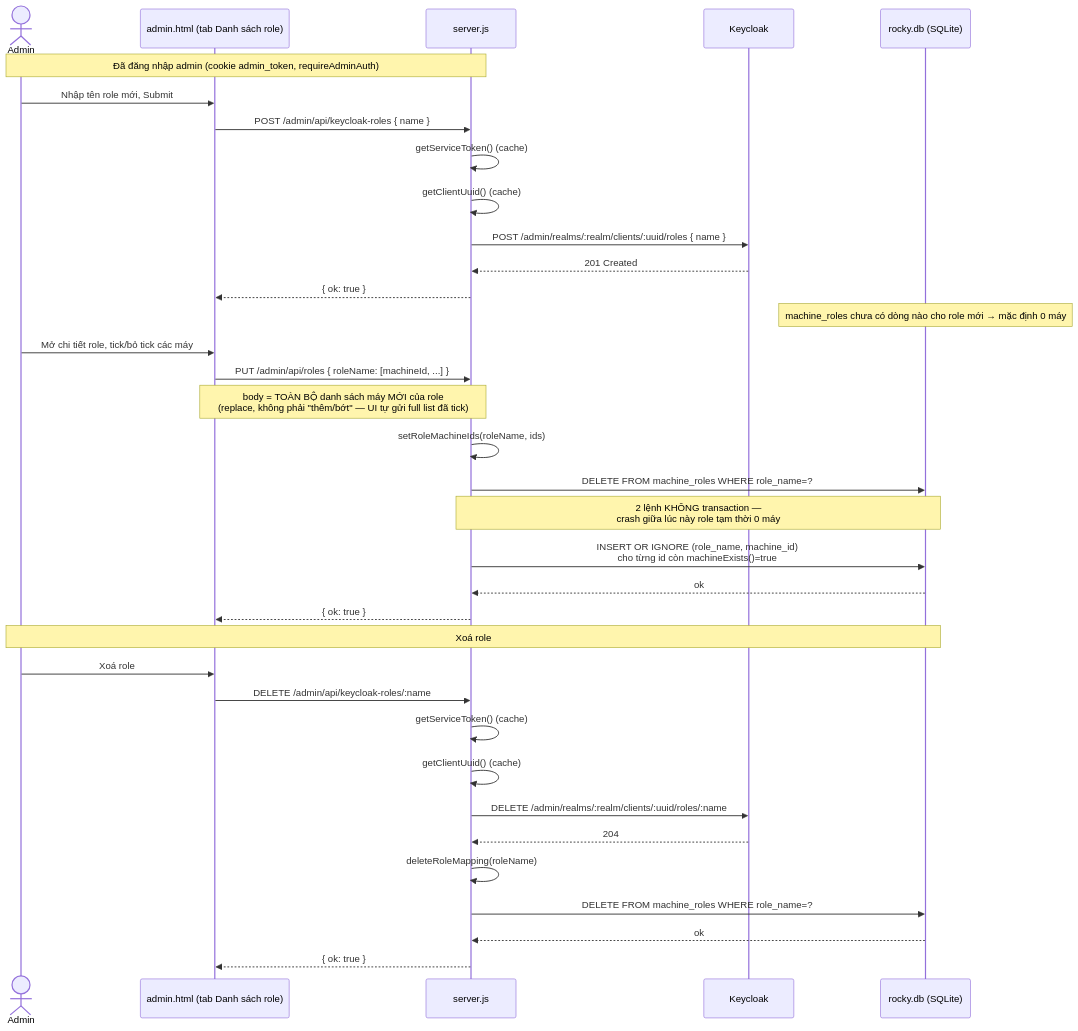
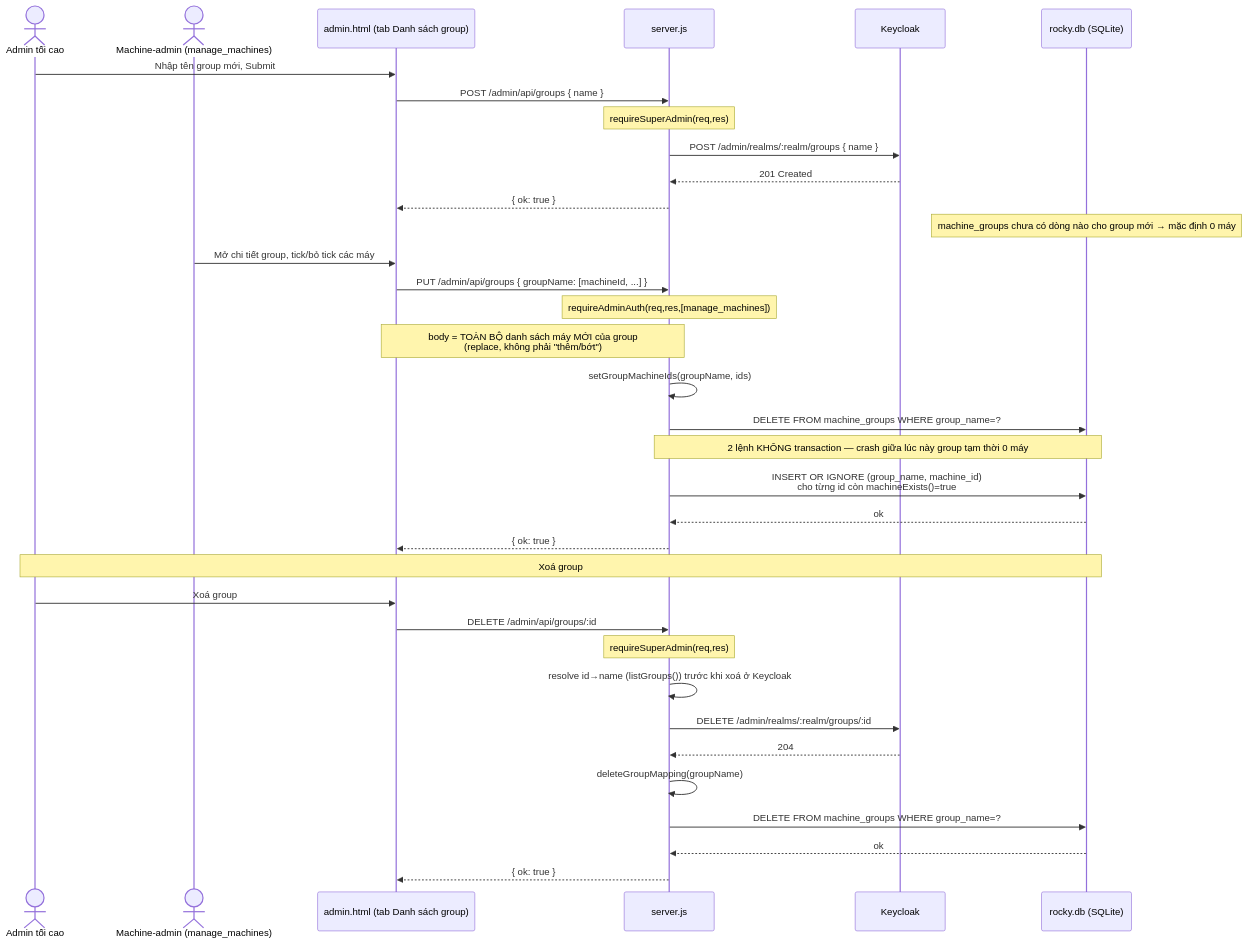
Before and after one commit to phanhnd/rustdesk-datn: the third of 3 diagrams in docs/admin-ui.md, drawn with Mermaid. The commit also changed other lines of this file and 13 other files, not shown here.

````diff
--- a/docs/admin-ui.md
+++ b/docs/admin-ui.md
@@ -108,44 +154,43 @@
 ```mermaid
 sequenceDiagram
-    actor Admin
-    participant UI as admin.html (tab Danh sách role)
+    actor Super as Admin tối cao
+    actor MAdmin as Machine-admin (manage_machines)
+    participant UI as admin.html (tab Danh sách group)
     participant GW as server.js
     participant KC as Keycloak
     participant DB as rocky.db (SQLite)
 
-    Note over Admin,GW: Đã đăng nhập admin (cookie admin_token, requireAdminAuth)
-
-    %% --- Tạo role mới ---
-    Admin->>UI: Nhập tên role mới, Submit
-    UI->>GW: POST /admin/api/keycloak-roles { name }
-    GW->>GW: getServiceToken() (cache)
-    GW->>GW: getClientUuid() (cache)
-    GW->>KC: POST /admin/realms/:realm/clients/:uuid/roles { name }
+    %% --- Tạo group mới: CHỈ admin tối cao ---
+    Super->>UI: Nhập tên group mới, Submit
+    UI->>GW: POST /admin/api/groups { name }
+    Note over GW: requireSuperAdmin(req,res)
+    GW->>KC: POST /admin/realms/:realm/groups { name }
     KC-->>GW: 201 Created
     GW-->>UI: { ok: true }
-    Note over DB: machine_roles chưa có dòng nào cho role mới → mặc định 0 máy
+    Note over DB: machine_groups chưa có dòng nào cho group mới → mặc định 0 máy
 
-    %% --- Map role <-> máy ---
-    Admin->>UI: Mở chi tiết role, tick/bỏ tick các máy
-    UI->>GW: PUT /admin/api/roles { roleName: [machineId, ...] }
-    Note over UI,GW: body = TOÀN BỘ danh sách máy MỚI của role<br/>(replace, không phải "thêm/bớt" — UI tự gửi full list đã tick)
-    GW->>GW: setRoleMachineIds(roleName, ids)
-    GW->>DB: DELETE FROM machine_roles WHERE role_name=?
-    Note over GW,DB: 2 lệnh KHÔNG transaction —<br/>crash giữa lúc này role tạm thời 0 máy
-    GW->>DB: INSERT OR IGNORE (role_name, machine_id)<br/>cho từng id còn machineExists()=true
+    %% --- Map group <-> máy: machine-admin sở hữu (không phải super-admin-exclusive) ---
+    MAdmin->>UI: Mở chi tiết group, tick/bỏ tick các máy
+    UI->>GW: PUT /admin/api/groups { groupName: [machineId, ...] }
+    Note over GW: requireAdminAuth(req,res,[manage_machines])
+    Note over UI,GW: body = TOÀN BỘ danh sách máy MỚI của group<br/>(replace, không phải "thêm/bớt")
+    GW->>GW: setGroupMachineIds(groupName, ids)
+    GW->>DB: DELETE FROM machine_groups WHERE group_name=?
+    Note over GW,DB: 2 lệnh KHÔNG transaction — crash giữa lúc này group tạm thời 0 máy
+    GW->>DB: INSERT OR IGNORE (group_name, machine_id)<br/>cho từng id còn machineExists()=true
     DB-->>GW: ok
     GW-->>UI: { ok: true }
 
-    %% --- Xoá role (đường ngược) ---
-    Note over Admin,DB: Xoá role
-    Admin->>UI: Xoá role
-    UI->>GW: DELETE /admin/api/keycloak-roles/:name
-    GW->>GW: getServiceToken() (cache)
-    GW->>GW: getClientUuid() (cache)
-    GW->>KC: DELETE /admin/realms/:realm/clients/:uuid/roles/:name
+    %% --- Xoá group: CHỈ admin tối cao ---
+    Note over Super,DB: Xoá group
+    Super->>UI: Xoá group
+    UI->>GW: DELETE /admin/api/groups/:id
+    Note over GW: requireSuperAdmin(req,res)
+    GW->>GW: resolve id→name (listGroups()) trước khi xoá ở Keycloak
+    GW->>KC: DELETE /admin/realms/:realm/groups/:id
     KC-->>GW: 204
-    GW->>GW: deleteRoleMapping(roleName)
-    GW->>DB: DELETE FROM machine_roles WHERE role_name=?
+    GW->>GW: deleteGroupMapping(groupName)
+    GW->>DB: DELETE FROM machine_groups WHERE group_name=?
     DB-->>GW: ok
     GW-->>UI: { ok: true }
 ```
````
